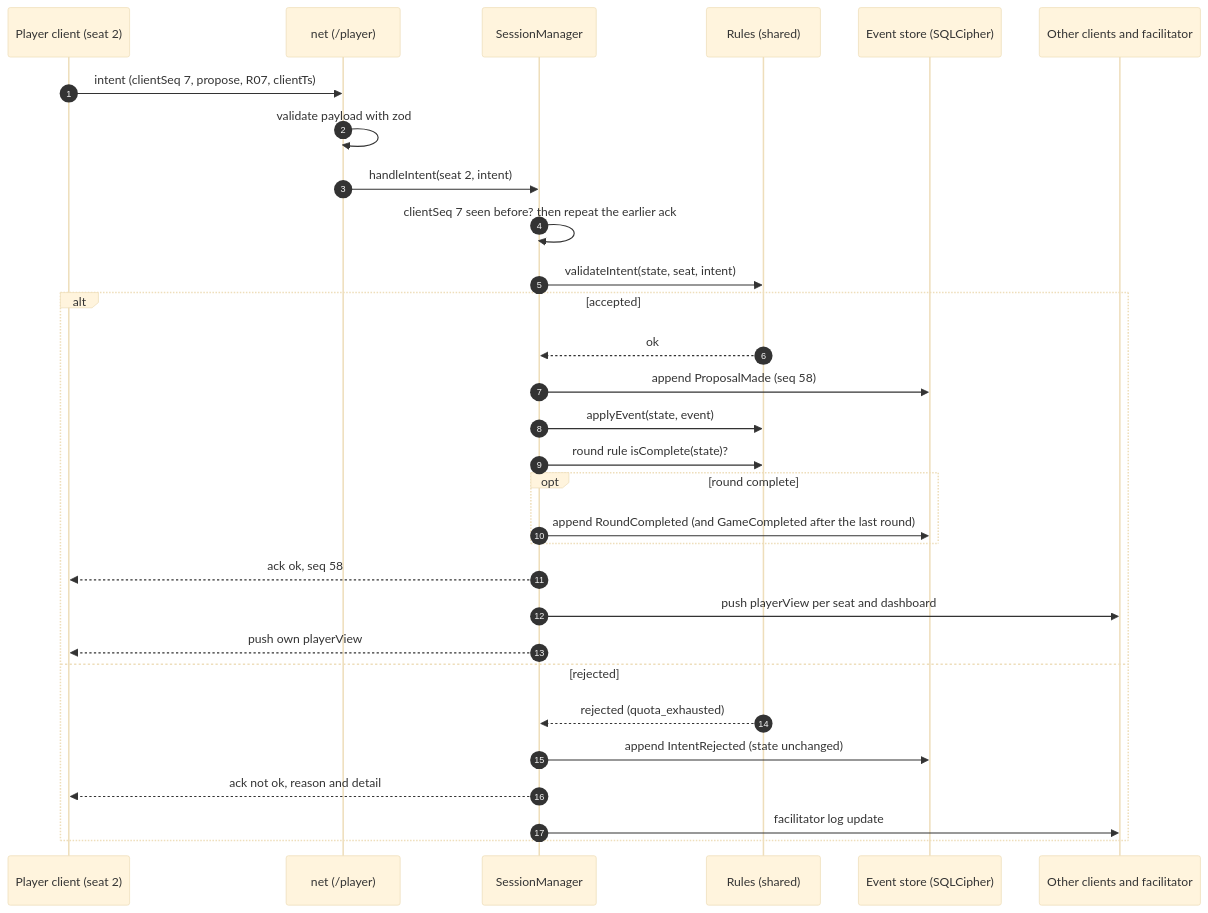
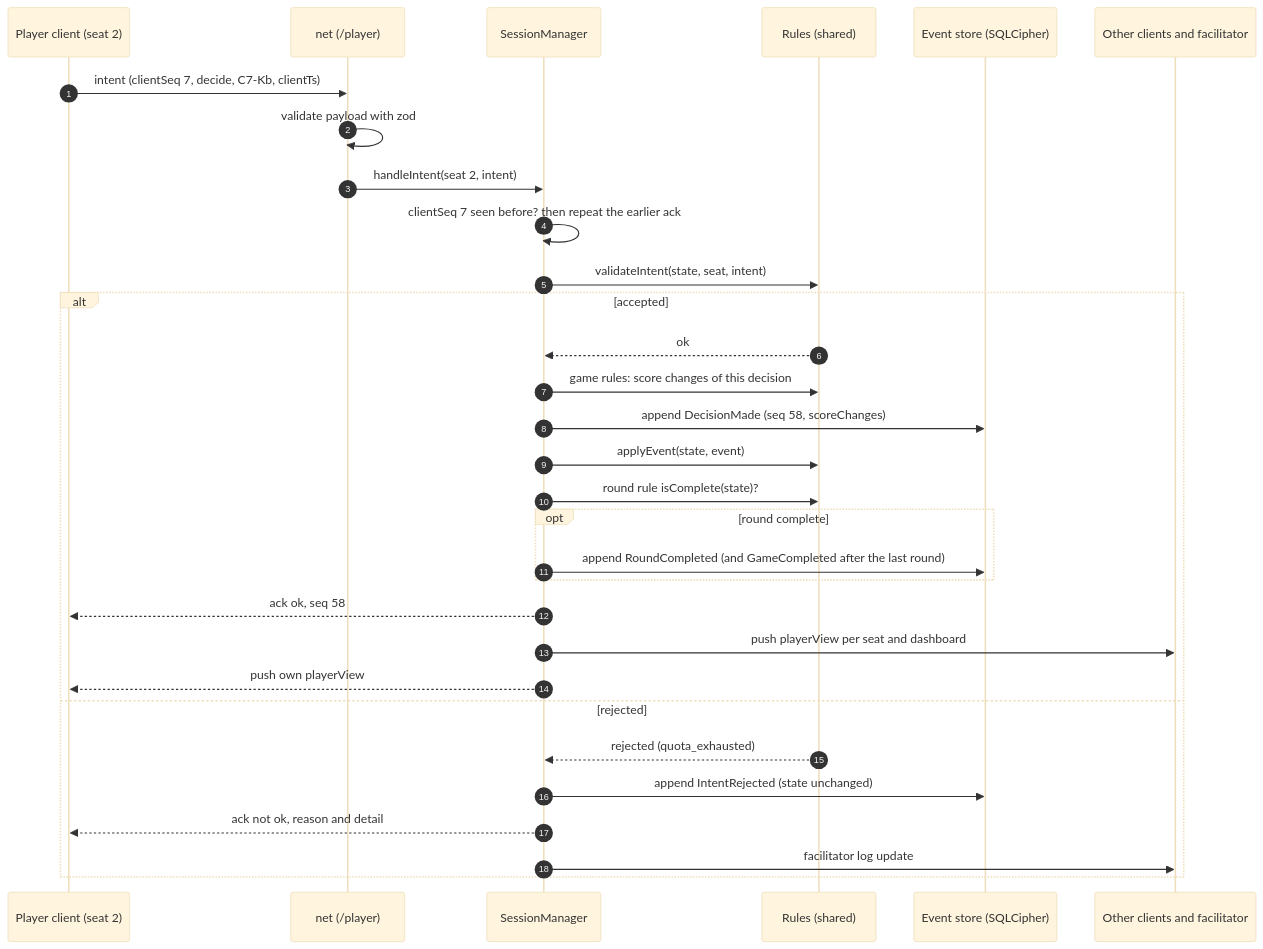
The third of 8 diagrams in docs/ARCHITECTURE.md (xy-zak/WhoKnowsWhoActs), drawn with Mermaid (base theme) before and after one commit. The commit also changed other lines of this file and 72 other files, not shown here.

````diff
--- a/docs/ARCHITECTURE.md
+++ b/docs/ARCHITECTURE.md
@@ -183,32 +190,33 @@
 ```mermaid
 sequenceDiagram
   autonumber
   participant P as Player client (seat 2)
   participant N as net (/player)
   participant SM as SessionManager
   participant R as Rules (shared)
   participant DB as Event store (SQLCipher)
   participant O as Other clients and facilitator
-  P->>N: intent (clientSeq 7, propose, R07, clientTs)
+  P->>N: intent (clientSeq 7, decide, C7-Kb, clientTs)
   N->>N: validate payload with zod
   N->>SM: handleIntent(seat 2, intent)
   SM->>SM: clientSeq 7 seen before? then repeat the earlier ack
   SM->>R: validateIntent(state, seat, intent)
   alt accepted
     R-->>SM: ok
-    SM->>DB: append ProposalMade (seq 58)
+    SM->>R: game rules: score changes of this decision
+    SM->>DB: append DecisionMade (seq 58, scoreChanges)
     SM->>R: applyEvent(state, event)
     SM->>R: round rule isComplete(state)?
     opt round complete
       SM->>DB: append RoundCompleted (and GameCompleted after the last round)
     end
     SM-->>P: ack ok, seq 58
     SM->>O: push playerView per seat and dashboard
     SM-->>P: push own playerView
   else rejected
     R-->>SM: rejected (quota_exhausted)
     SM->>DB: append IntentRejected (state unchanged)
     SM-->>P: ack not ok, reason and detail
     SM->>O: facilitator log update
   end
 ```
````
